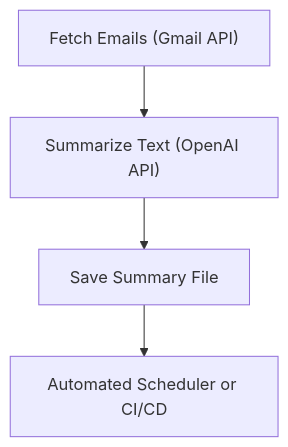
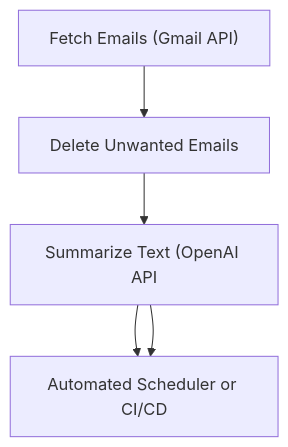
Before and after one commit to Anni-Bamwenda/Email-Optimization-Assistant: the diagram in README.md, drawn with Mermaid. The commit also changed other lines of this file, not shown here.

Commit message:
Enhance README with email deletion and summarization details
Updated the README to clarify email deletion and summarization processes.

````diff
--- a/README.md
+++ b/README.md
@@ -18,6 +18,7 @@
 ```mermaid
 flowchart TD
-  A["Fetch Emails (Gmail API)"] --> B["Summarize Text (OpenAI API)"]
-  B --> C["Save Summary File"]
+  A["Fetch Emails (Gmail API)"] --> B["Delete Unwanted Emails"]
+  B --> C["Summarize Text (OpenAI API"]
+  C --> D["Save Summary File"]
   C --> D["Automated Scheduler or CI/CD"]
 ```
````
